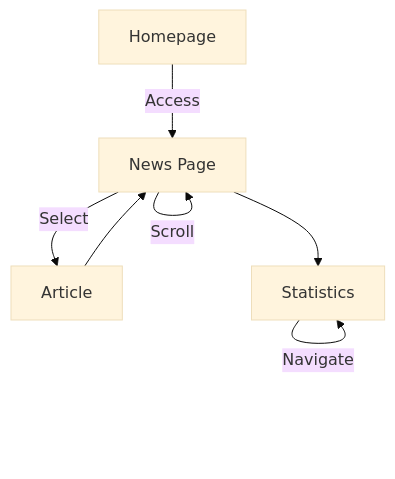
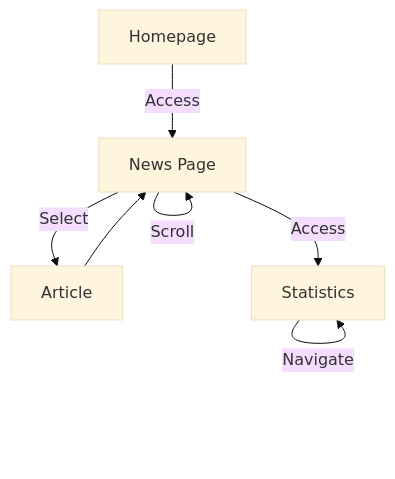
Before and after one commit to DuarteVDG/aw-project: the second of 2 diagrams in story-space/story.md, drawn with Mermaid (base theme).

````diff
--- a/story-space/story.md
+++ b/story-space/story.md
@@ -37,10 +37,10 @@
 ```mermaid
 flowchart TD
     Start[Homepage] -->|Access| News[News Page]
     News -->|Select| Article[Article]
     News -->|Scroll| News
     Article --> News
-    News --> Statistics[Statistics]
+    News  -->|Access| Statistics
     Statistics -->|Navigate| Statistics
 
 ```
````
